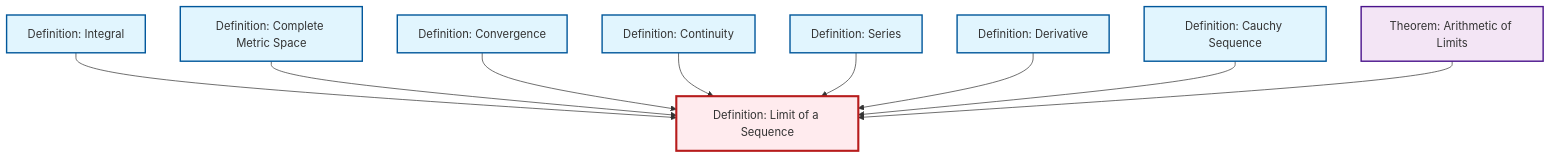
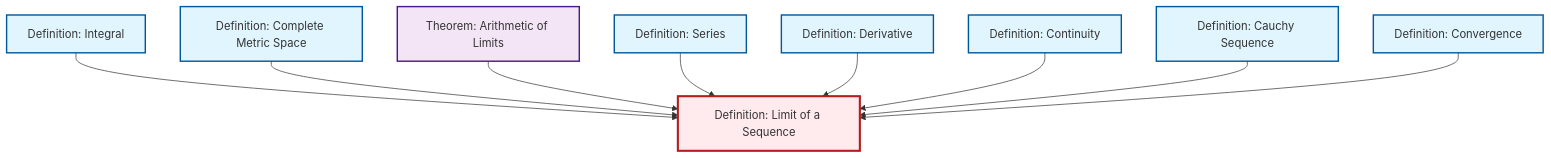
One commit to RK0429/ModernMath changed the diagram in content/en/analysis/def-limit.qmd. Above: the diagram before and after it, drawn with Mermaid. The commit also changed other lines of this file and 1069 other files, not shown here.

````diff
--- a/content/en/analysis/def-limit.qmd
+++ b/content/en/analysis/def-limit.qmd
@@ -48,35 +48,35 @@
 ```{mermaid}
 %%| fig-cap: "Local dependency graph"
 graph TD
     classDef definition fill:#e1f5fe,stroke:#01579b,stroke-width:2px
     classDef theorem fill:#f3e5f5,stroke:#4a148c,stroke-width:2px
     classDef axiom fill:#fff3e0,stroke:#e65100,stroke-width:2px
     classDef example fill:#e8f5e9,stroke:#1b5e20,stroke-width:2px
     classDef current fill:#ffebee,stroke:#b71c1c,stroke-width:3px
+    def-integral["Definition: Integral"]:::definition
+    def-limit["Definition: Limit of a Sequence"]:::definition
+    def-series["Definition: Series"]:::definition
+    def-cauchy-sequence["Definition: Cauchy Sequence"]:::definition
     def-convergence["Definition: Convergence"]:::definition
+    def-complete-metric-space["Definition: Complete Metric Space"]:::definition
+    thm-limit-arithmetic["Theorem: Arithmetic of Limits"]:::theorem
     def-continuity["Definition: Continuity"]:::definition
-    def-series["Definition: Series"]:::definition
     def-derivative["Definition: Derivative"]:::definition
-    def-complete-metric-space["Definition: Complete Metric Space"]:::definition
-    def-cauchy-sequence["Definition: Cauchy Sequence"]:::definition
-    thm-limit-arithmetic["Theorem: Arithmetic of Limits"]:::theorem
-    def-limit["Definition: Limit of a Sequence"]:::definition
-    def-integral["Definition: Integral"]:::definition
     def-integral --> def-limit
     def-complete-metric-space --> def-limit
-    def-convergence --> def-limit
-    def-continuity --> def-limit
+    thm-limit-arithmetic --> def-limit
     def-series --> def-limit
     def-derivative --> def-limit
+    def-continuity --> def-limit
     def-cauchy-sequence --> def-limit
-    thm-limit-arithmetic --> def-limit
+    def-convergence --> def-limit
     class def-limit current
+    click def-integral "def-integral.html" "Go to Integral definition"
+    click def-series "def-series.html" "Go to Series definition"
+    click def-cauchy-sequence "def-cauchy-sequence.html" "Go to Cauchy Sequence definition"
     click def-convergence "def-convergence.html" "Go to Convergence definition"
+    click def-complete-metric-space "def-complete-metric-space.html" "Go to Complete Metric Space definition"
+    click thm-limit-arithmetic "thm-limit-arithmetic.html" "Go to Arithmetic of Limits theorem"
     click def-continuity "def-continuity.html" "Go to Continuity definition"
-    click def-series "def-series.html" "Go to Series definition"
     click def-derivative "def-derivative.html" "Go to Derivative definition"
-    click def-complete-metric-space "def-complete-metric-space.html" "Go to Complete Metric Space definition"
-    click def-cauchy-sequence "def-cauchy-sequence.html" "Go to Cauchy Sequence definition"
-    click thm-limit-arithmetic "thm-limit-arithmetic.html" "Go to Arithmetic of Limits theorem"
-    click def-integral "def-integral.html" "Go to Integral definition"
 ```
````
